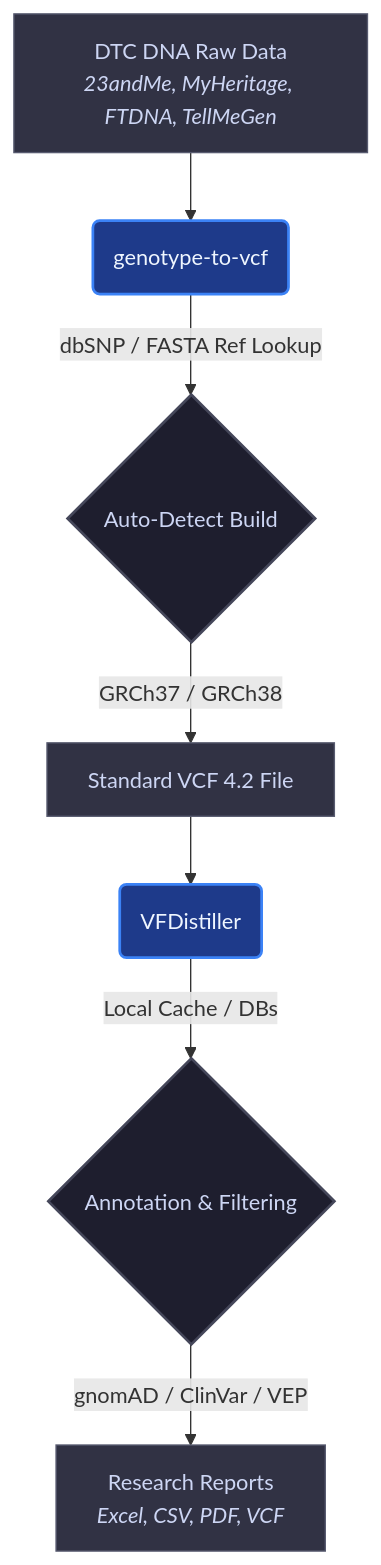
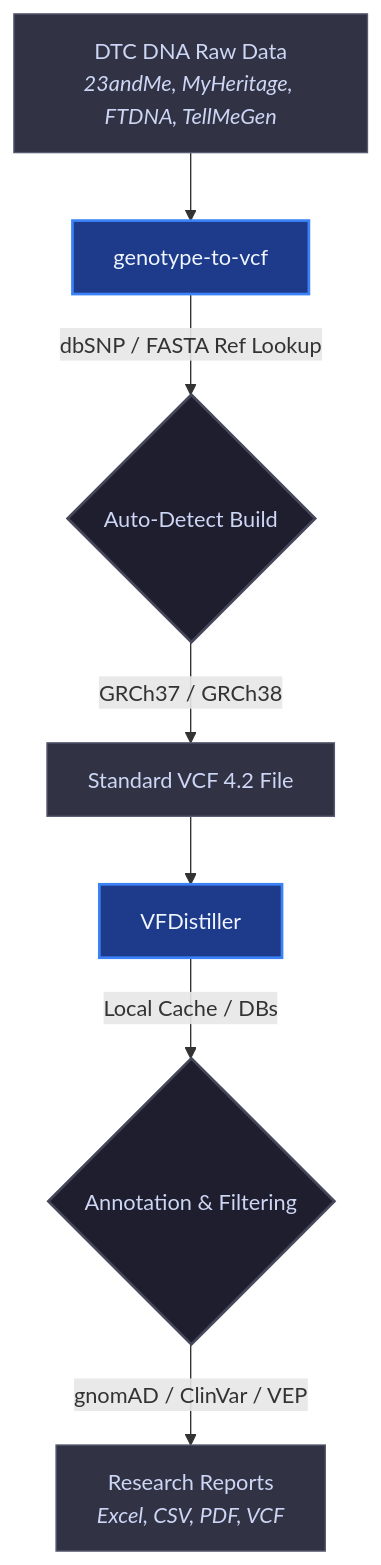
The diagram in profile/README.md (biotec-line/.github), drawn with Mermaid before and after one commit. The commit also changed other lines of this file and 5 other files, not shown here.

````diff
--- a/profile/README.md
+++ b/profile/README.md
@@ -42,17 +43,17 @@
 ```mermaid
 graph TD
-    Input[DTC DNA Raw Data<br/><i>23andMe, MyHeritage, FTDNA, TellMeGen</i>] --> G2V(genotype-to-vcf)
+    Input["DTC DNA Raw Data<br/><i>23andMe, MyHeritage, FTDNA, TellMeGen</i>"] --> G2V["genotype-to-vcf"]
     
-    G2V -->|dbSNP / FASTA Ref Lookup| BuildDetect{Auto-Detect Build}
-    BuildDetect -->|GRCh37 / GRCh38| OutVCF[Standard VCF 4.2 File]
+    G2V -->|"dbSNP / FASTA Ref Lookup"| BuildDetect{"Auto-Detect Build"}
+    BuildDetect -->|"GRCh37 / GRCh38"| OutVCF["Standard VCF 4.2 File"]
     
-    OutVCF --> VFD(VFDistiller)
-    VFD -->|Local Cache / DBs| Annotate{Annotation & Filtering}
-    Annotate -->|gnomAD / ClinVar / VEP| Reports[Research Reports<br/><i>Excel, CSV, PDF, VCF</i>]
+    OutVCF --> VFD["VFDistiller"]
+    VFD -->|"Local Cache / DBs"| Annotate{"Annotation & Filtering"}
+    Annotate -->|"gnomAD / ClinVar / VEP"| Reports["Research Reports<br/><i>Excel, CSV, PDF, VCF</i>"]
     
     classDef default fill:#1e1e2e,stroke:#45475a,stroke-width:2px,color:#cdd6f4;
     classDef tool fill:#1e3a8a,stroke:#3b82f6,stroke-width:2px,color:#eff6ff;
     classDef data fill:#313244,stroke:#585b70,stroke-width:1px,color:#cdd6f4;
     class G2V,VFD tool;
     class Input,OutVCF,Reports data;
 ```
````
